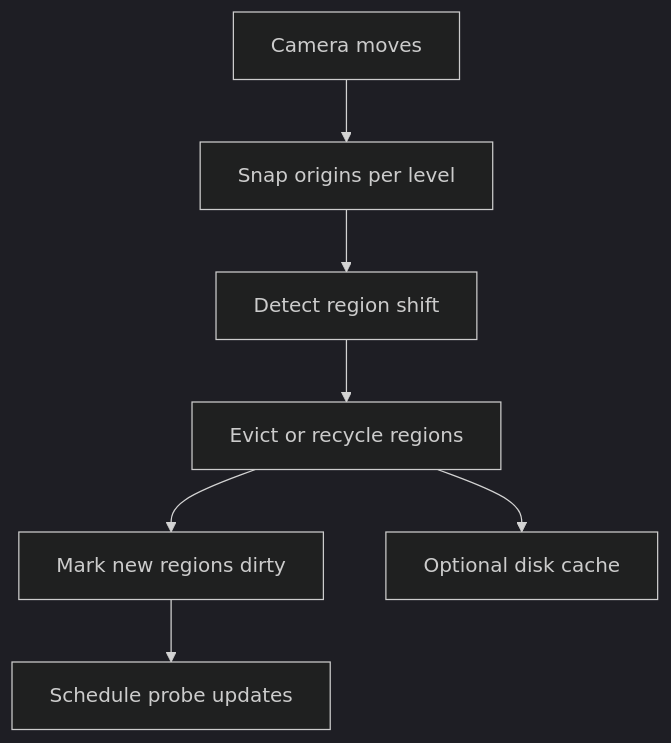
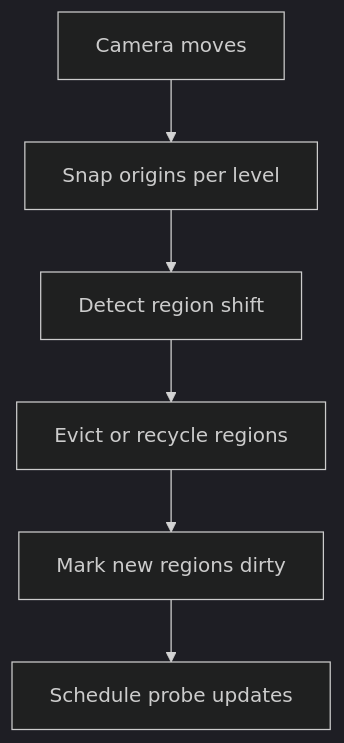
The diagram in docs/LumOn.20-Streaming-and-Persistence.md (dsisco11/VanillaGraphicsExpanded), drawn with Mermaid (dark theme) before and after one commit. The commit also changed other lines of this file and 4 other files, not shown here.

Commit message:
chore: remove world-probe disk-cache phase

````diff
--- a/docs/LumOn.20-Streaming-and-Persistence.md
+++ b/docs/LumOn.20-Streaming-and-Persistence.md
@@ -71,13 +59,11 @@
 ```mermaid
 flowchart TD
   Move["Camera moves"]
   Snap["Snap origins per level"]
   Shift["Detect region shift"]
   Evict["Evict or recycle regions"]
   Dirty["Mark new regions dirty"]
   Update["Schedule probe updates"]
-  Cache["Optional disk cache"]
 
   Move --> Snap --> Shift --> Evict --> Dirty --> Update
-  Evict --> Cache
 ```
````
